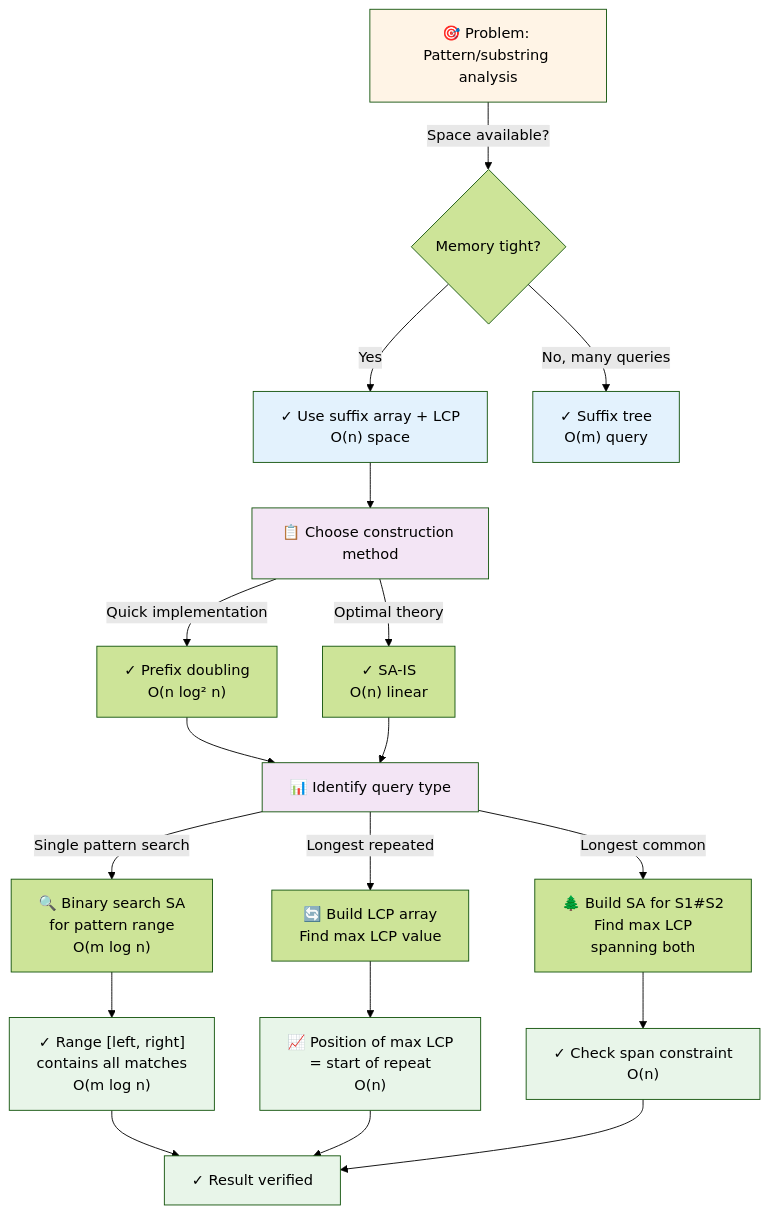
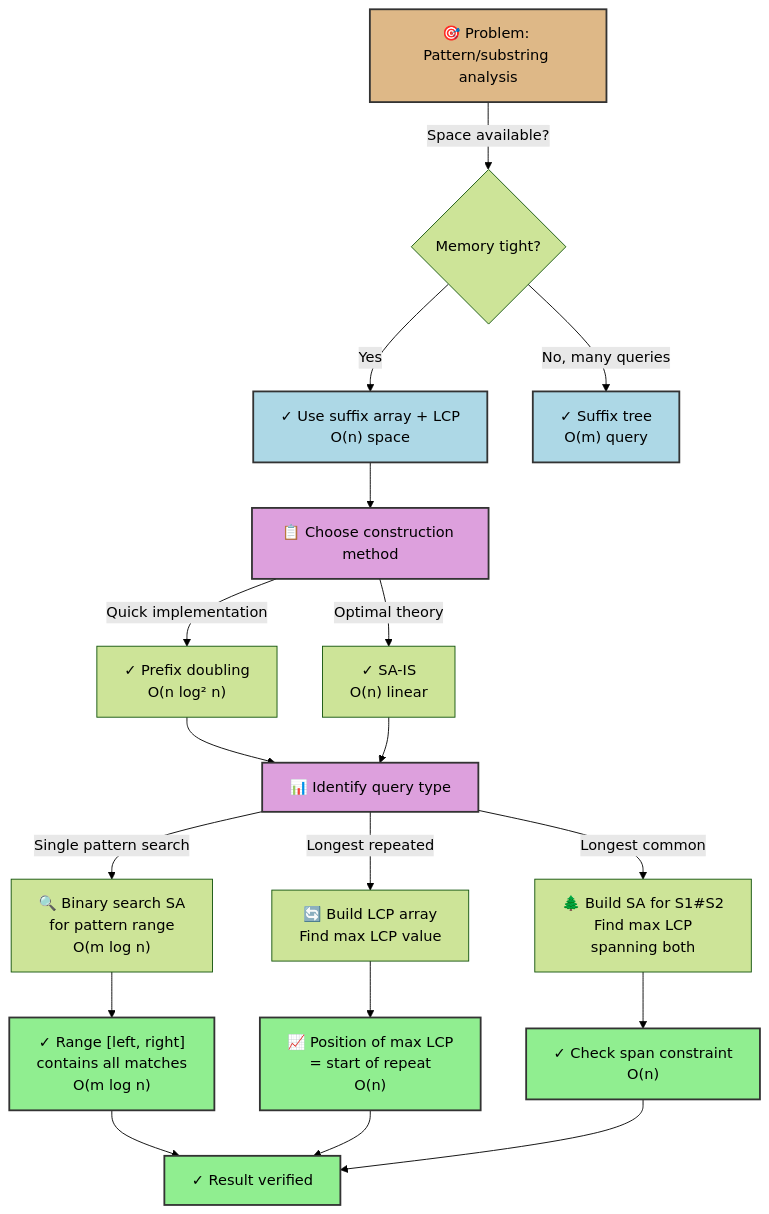
One commit to souradeepta/interviewprep changed the first of 4 diagrams in docs/advanced_ds/suffix_array.md. Above: the diagram before and after it, drawn with Mermaid (forest theme). The commit also changed other lines of this file and 31 other files, not shown here.

Commit message:
updated graphs

````diff
--- a/docs/advanced_ds/suffix_array.md
+++ b/docs/advanced_ds/suffix_array.md
@@ -96,30 +96,30 @@
 ```mermaid
 flowchart TD
     A["🎯 Problem: Pattern/substring analysis"] -->|Space available?| B{Memory tight?}
     B -->|Yes| C["✓ Use suffix array + LCP<br/>O(n) space"]
     B -->|No, many queries| D["✓ Suffix tree<br/>O(m) query"]
     C --> E["📋 Choose construction method"]
     E -->|Quick implementation| F["✓ Prefix doubling<br/>O(n log² n)"]
     E -->|Optimal theory| G["✓ SA-IS<br/>O(n) linear"]
     F --> H["📊 Identify query type"]
     G --> H
     H -->|Single pattern search| I["🔍 Binary search SA<br/>for pattern range<br/>O(m log n)"]
     H -->|Longest repeated| J["🔄 Build LCP array<br/>Find max LCP value"]
     H -->|Longest common| K["🌲 Build SA for S1#S2<br/>Find max LCP<br/>spanning both"]
     I --> L["✓ Range [left, right]<br/>contains all matches<br/>O(m log n)"]
     J --> M["📈 Position of max LCP<br/>= start of repeat<br/>O(n)"]
     K --> N["✓ Check span constraint<br/>O(n)"]
     L --> O["✓ Result verified"]
     M --> O
     N --> O
     
-    style A fill:#fff4e6
-    style C fill:#e3f2fd
-    style D fill:#e3f2fd
-    style E fill:#f3e5f5
-    style H fill:#f3e5f5
-    style L fill:#e8f5e9
-    style M fill:#e8f5e9
-    style N fill:#e8f5e9
-    style O fill:#e8f5e9
+    style A fill:#deb887,color:#000,stroke:#333,stroke-width:2px
+    style C fill:#add8e6,color:#000,stroke:#333,stroke-width:2px
+    style D fill:#add8e6,color:#000,stroke:#333,stroke-width:2px
+    style E fill:#dda0dd,color:#000,stroke:#333,stroke-width:2px
+    style H fill:#dda0dd,color:#000,stroke:#333,stroke-width:2px
+    style L fill:#90ee90,color:#000,stroke:#333,stroke-width:2px
+    style M fill:#90ee90,color:#000,stroke:#333,stroke-width:2px
+    style N fill:#90ee90,color:#000,stroke:#333,stroke-width:2px
+    style O fill:#90ee90,color:#000,stroke:#333,stroke-width:2px
 ```
````
